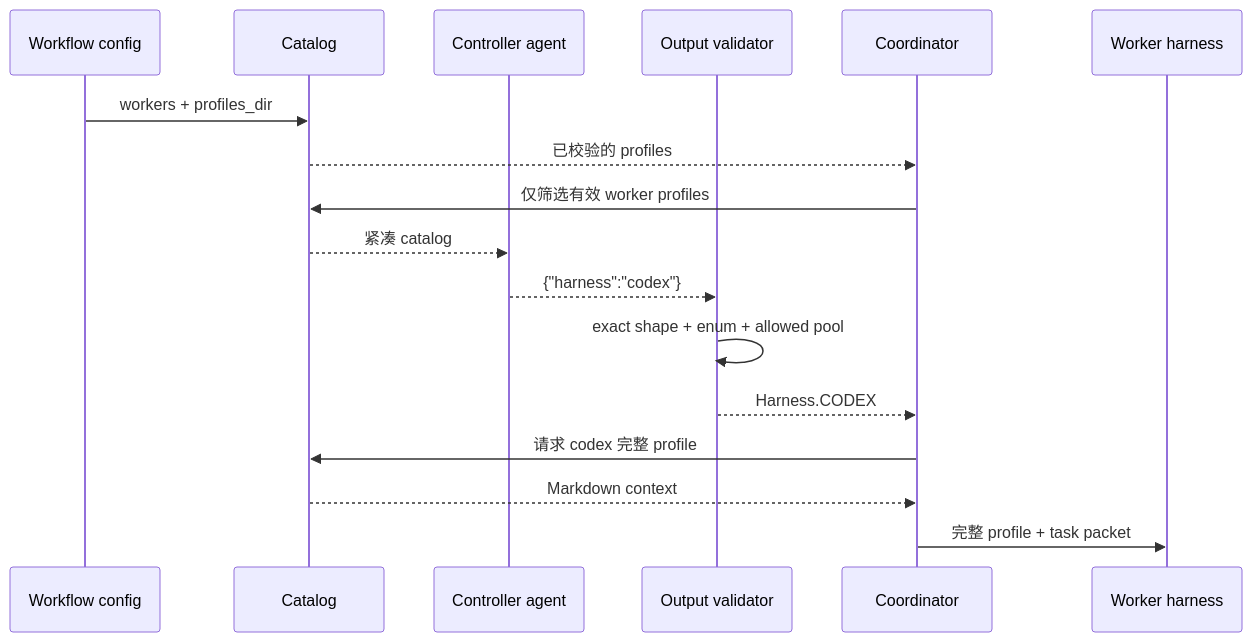
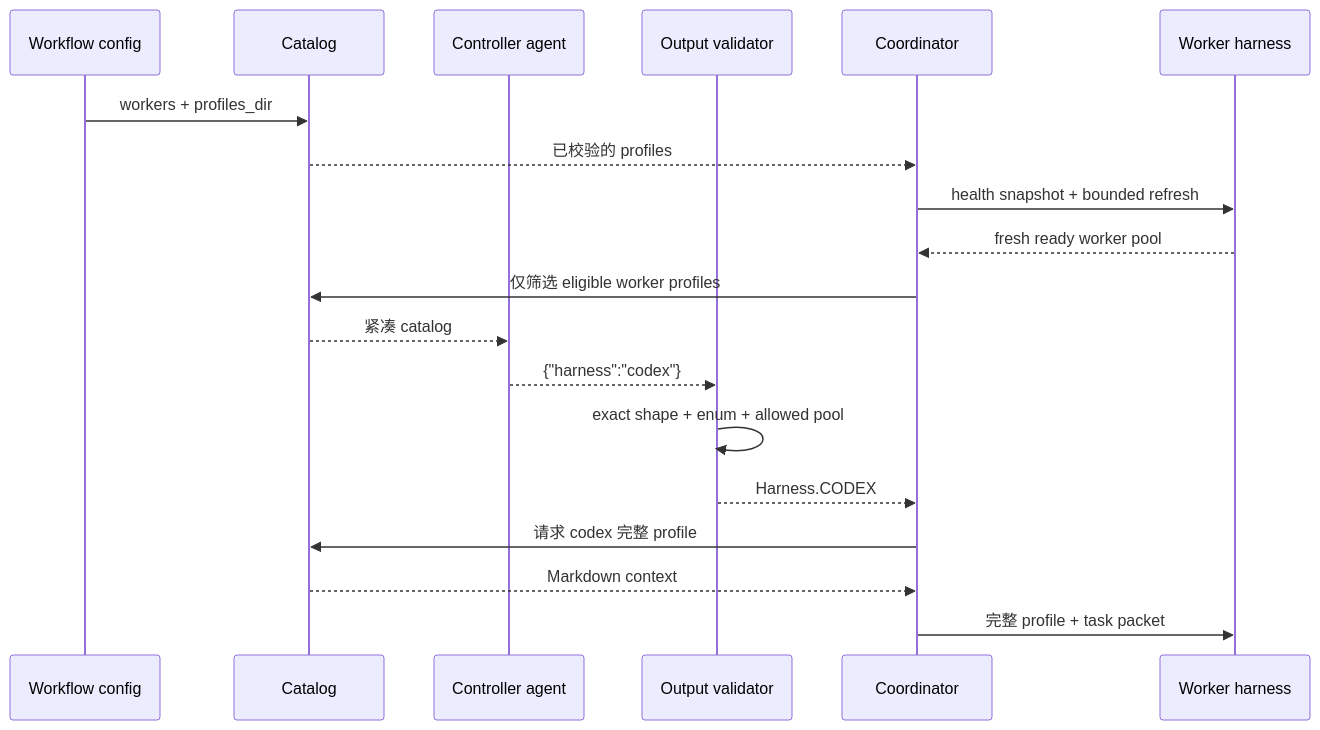
Before and after one commit to oldwinter/herdr-orchestrator: the diagram in droid-wiki/systems/catalog-and-routing.md, drawn with Mermaid. The commit also changed other lines of this file and 31 other files, not shown here.

````diff
--- a/droid-wiki/systems/catalog-and-routing.md
+++ b/droid-wiki/systems/catalog-and-routing.md
@@ -50,20 +52,22 @@
 ```mermaid
 sequenceDiagram
     participant W as Workflow config
     participant C as Catalog
     participant O as Controller agent
     participant V as Output validator
     participant Q as Coordinator
     participant H as Worker harness
 
     W->>C: workers + profiles_dir
     C-->>Q: 已校验的 profiles
-    Q->>C: 仅筛选有效 worker profiles
+    Q->>H: health snapshot + bounded refresh
+    H-->>Q: fresh ready worker pool
+    Q->>C: 仅筛选 eligible worker profiles
     C-->>O: 紧凑 catalog
     O-->>V: {"harness":"codex"}
     V->>V: exact shape + enum + allowed pool
     V-->>Q: Harness.CODEX
     Q->>C: 请求 codex 完整 profile
     C-->>Q: Markdown context
     Q->>H: 完整 profile + task packet
 ```
````
